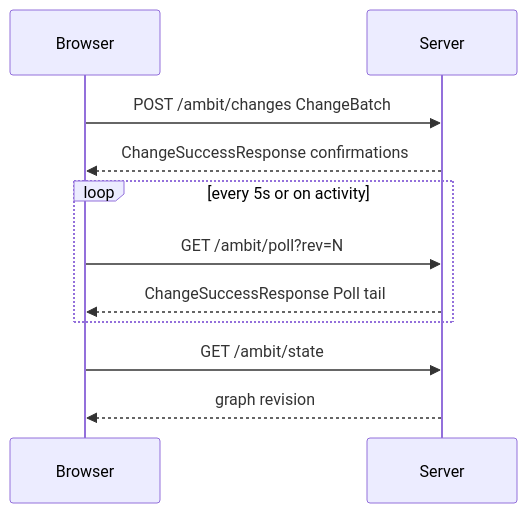
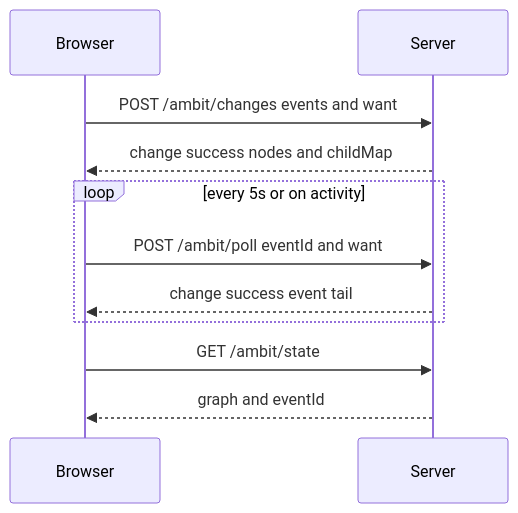
Before and after one commit to abaljeu/ambit: the diagram in doc/current/http-contract.md, drawn with Mermaid. The commit also changed other lines of this file and 7 other files, not shown here.

````diff
--- a/doc/current/http-contract.md
+++ b/doc/current/http-contract.md
@@ -27,14 +35,14 @@
 ```mermaid
 %%{init: {'themeVariables': {'fontSize': '20px'}}}%%
 sequenceDiagram
     participant Browser
     participant Server
-    Browser->>Server: POST /ambit/changes ChangeBatch
-    Server-->>Browser: ChangeSuccessResponse confirmations
+    Browser->>Server: POST /ambit/changes events and want
+    Server-->>Browser: change success nodes and childMap
     loop every 5s or on activity
-        Browser->>Server: GET /ambit/poll?rev=N
-        Server-->>Browser: ChangeSuccessResponse Poll tail
+        Browser->>Server: POST /ambit/poll eventId and want
+        Server-->>Browser: change success event tail
     end
     Browser->>Server: GET /ambit/state
-    Server-->>Browser: graph revision
+    Server-->>Browser: graph and eventId
 ```
````
